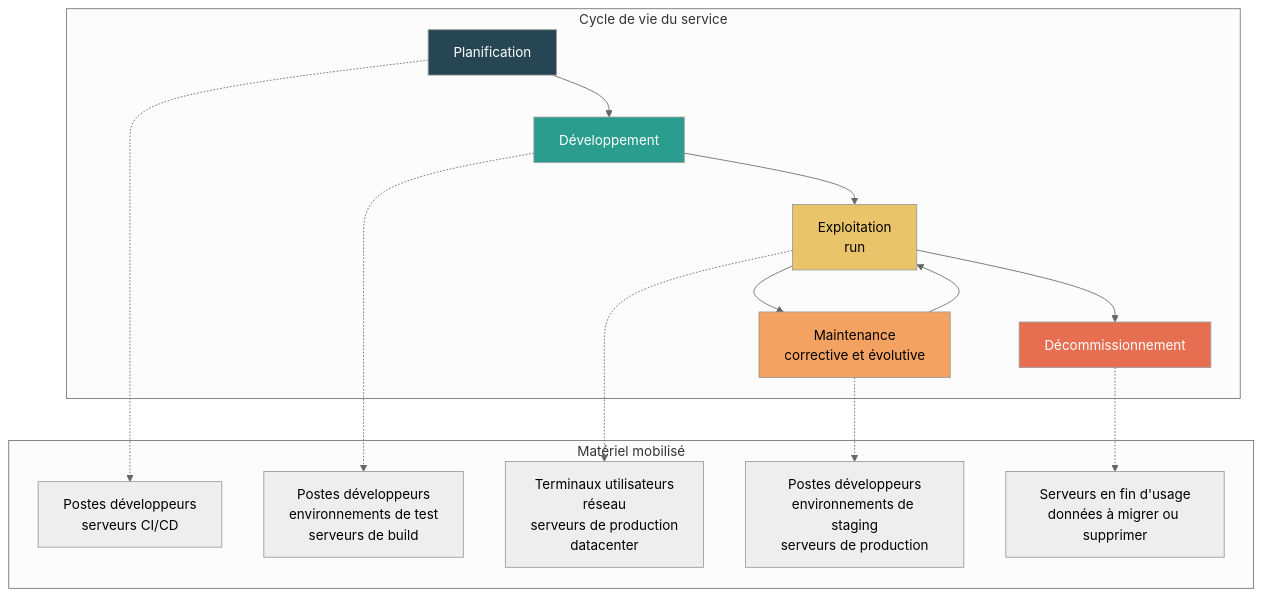
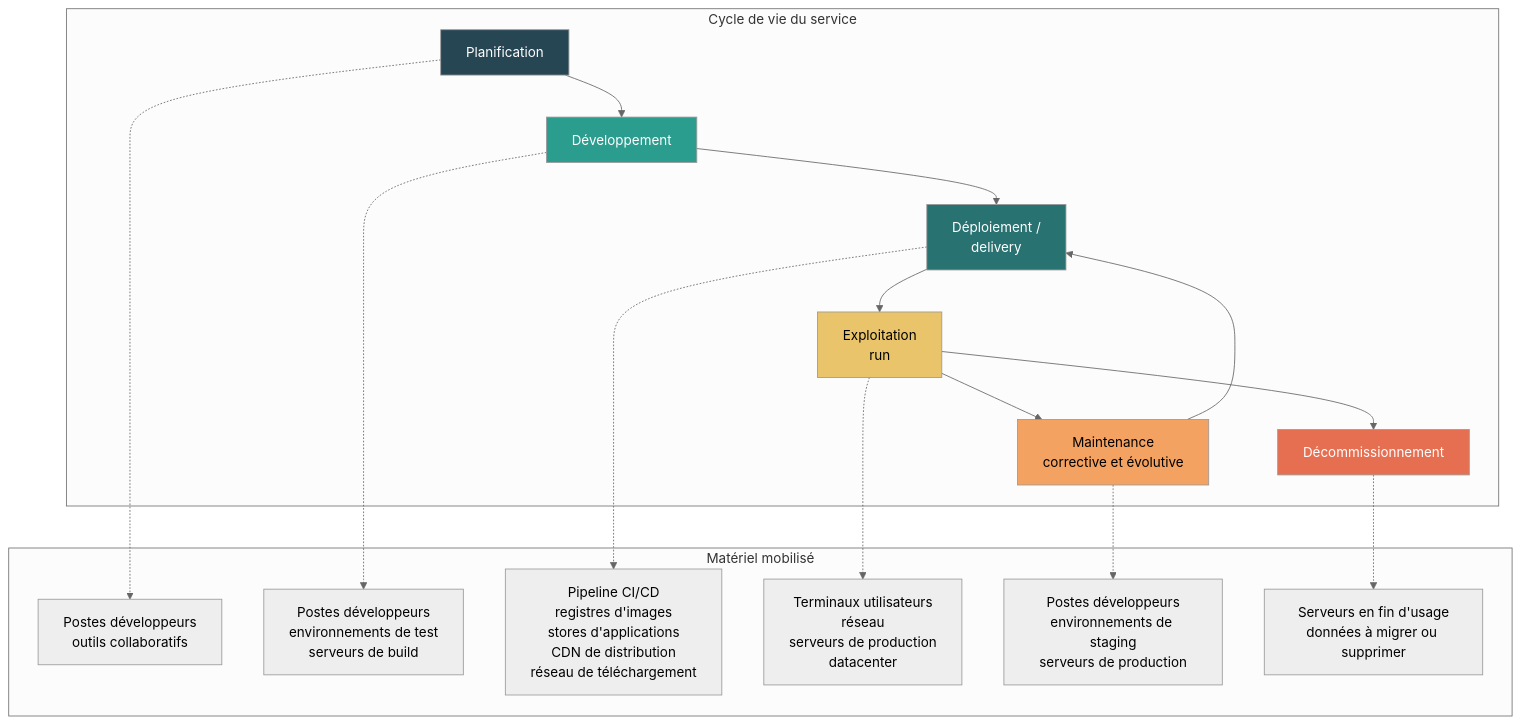
The third of 3 diagrams in docs/fondations/principes-acv-appliques-au-numerique.md (digital4better/methodology), drawn with Mermaid (neutral theme) before and after one commit. The commit also changed other lines of this file, not shown here.

First line of the commit message:
Add deployment/delivery phase to service lifecycle (ACV transport equivalent)

````diff
--- a/docs/fondations/principes-acv-appliques-au-numerique.md
+++ b/docs/fondations/principes-acv-appliques-au-numerique.md
@@ -118,30 +118,34 @@
 ```mermaid
 flowchart TD
     subgraph "Cycle de vie du service"
         S1[Planification] --> S2[Développement]
-        S2 --> S3[Exploitation<br>run]
+        S2 --> S2b[Déploiement /<br>delivery]
+        S2b --> S3[Exploitation<br>run]
         S3 --> S4[Maintenance<br>corrective et évolutive]
-        S4 --> S3
+        S4 --> S2b
         S3 --> S5[Décommissionnement]
     end
 
     subgraph "Matériel mobilisé"
-        M1[Postes développeurs<br>serveurs CI/CD]
+        M1[Postes développeurs<br>outils collaboratifs]
         M2[Postes développeurs<br>environnements de test<br>serveurs de build]
+        M2b[Pipeline CI/CD<br>registres d'images<br>stores d'applications<br>CDN de distribution<br>réseau de téléchargement]
         M3[Terminaux utilisateurs<br>réseau<br>serveurs de production<br>datacenter]
         M4[Postes développeurs<br>environnements de staging<br>serveurs de production]
         M5[Serveurs en fin d'usage<br>données à migrer ou supprimer]
     end
 
     S1 -.-> M1
     S2 -.-> M2
+    S2b -.-> M2b
     S3 -.-> M3
     S4 -.-> M4
     S5 -.-> M5
 
     style S1 fill:#264653,color:#fff
     style S2 fill:#2a9d8f,color:#fff
+    style S2b fill:#287271,color:#fff
     style S3 fill:#e9c46a,color:#000
     style S4 fill:#f4a261,color:#000
     style S5 fill:#e76f51,color:#fff
 ```
````
